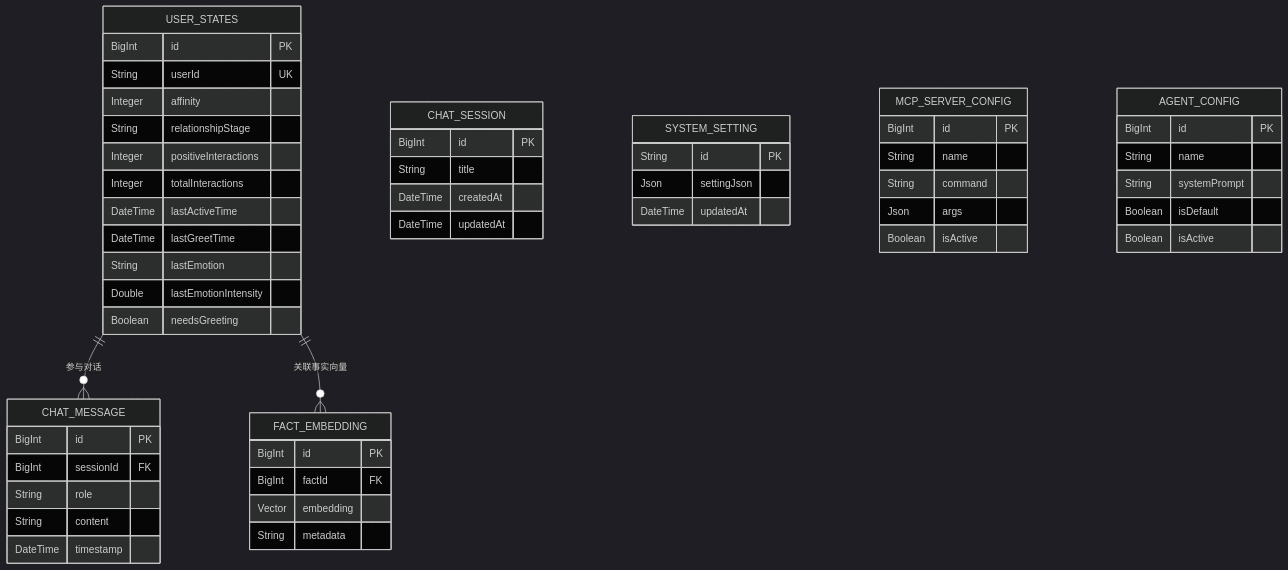
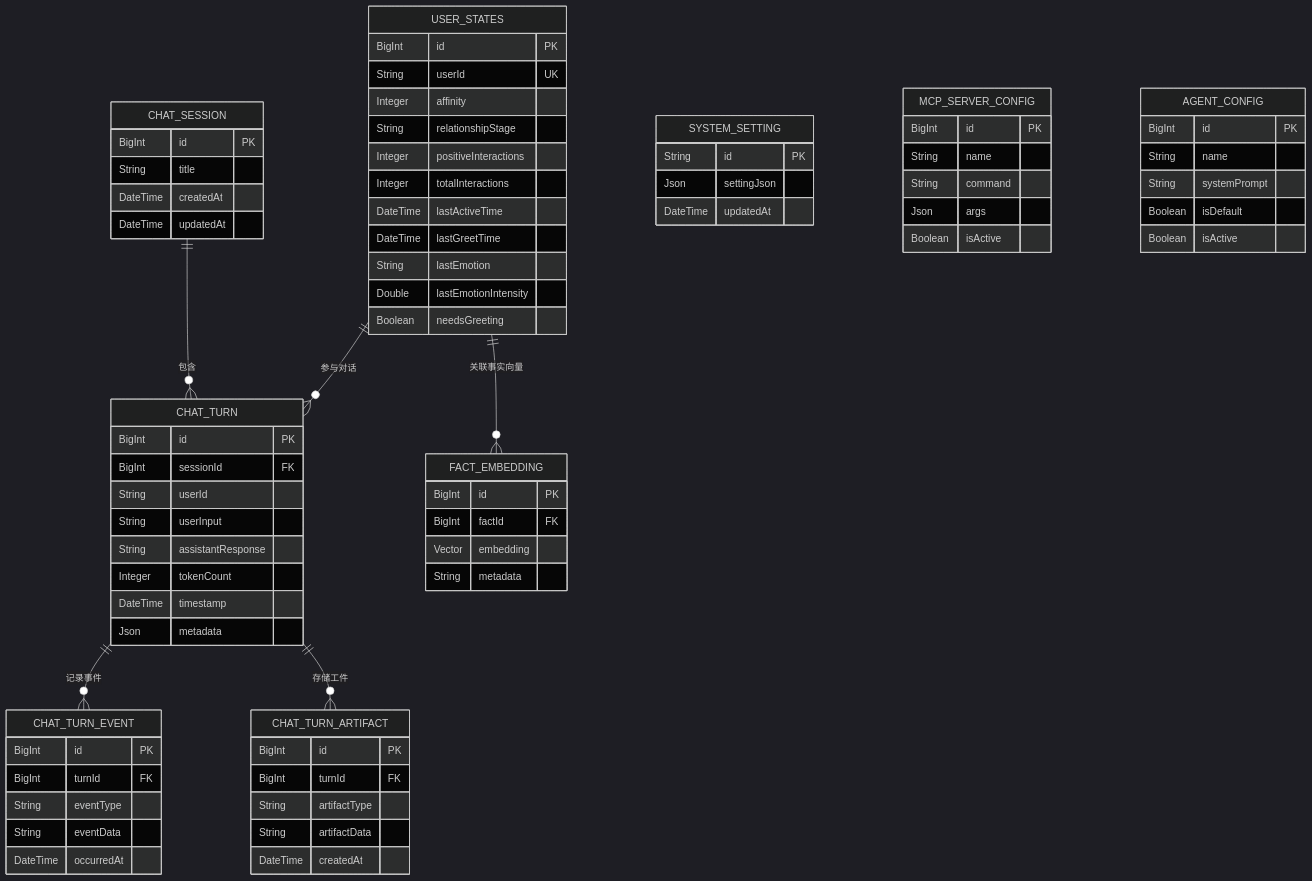
One commit to SailRuo/LingShu-AI changed diagram 15 of 27 in doc/系统架构设计文档.md. Above: the diagram before and after it, drawn with Mermaid (dark theme). The commit also changed other lines of this file and 2 other files, not shown here.

````diff
--- a/doc/系统架构设计文档.md
+++ b/doc/系统架构设计文档.md
@@ -773,7 +882,44 @@
 ```mermaid
 erDiagram
-    USER_STATES ||--o{ CHAT_MESSAGE : "参与对话"
+    CHAT_SESSION ||--o{ CHAT_TURN : "包含"
+    CHAT_TURN ||--o{ CHAT_TURN_EVENT : "记录事件"
+    CHAT_TURN ||--o{ CHAT_TURN_ARTIFACT : "存储工件"
+    USER_STATES ||--o{ CHAT_TURN : "参与对话"
     USER_STATES ||--o{ FACT_EMBEDDING : "关联事实向量"
+    
+    CHAT_SESSION {
+        BigInt id PK
+        String title
+        DateTime createdAt
+        DateTime updatedAt
+    }
+    
+    CHAT_TURN {
+        BigInt id PK
+        BigInt sessionId FK
+        String userId
+        String userInput
+        String assistantResponse
+        Integer tokenCount
+        DateTime timestamp
+        Json metadata
+    }
+    
+    CHAT_TURN_EVENT {
+        BigInt id PK
+        BigInt turnId FK
+        String eventType
+        String eventData
+        DateTime occurredAt
+    }
+    
+    CHAT_TURN_ARTIFACT {
+        BigInt id PK
+        BigInt turnId FK
+        String artifactType
+        String artifactData
+        DateTime createdAt
+    }
     
     USER_STATES {
         BigInt id PK
@@ -787,21 +933,6 @@
         String lastEmotion
         Double lastEmotionIntensity
         Boolean needsGreeting
-    }
-    
-    CHAT_MESSAGE {
-        BigInt id PK
-        BigInt sessionId FK
-        String role
-        String content
-        DateTime timestamp
-    }
-    
-    CHAT_SESSION {
-        BigInt id PK
-        String title
-        DateTime createdAt
-        DateTime updatedAt
     }
     
     SYSTEM_SETTING {
````
